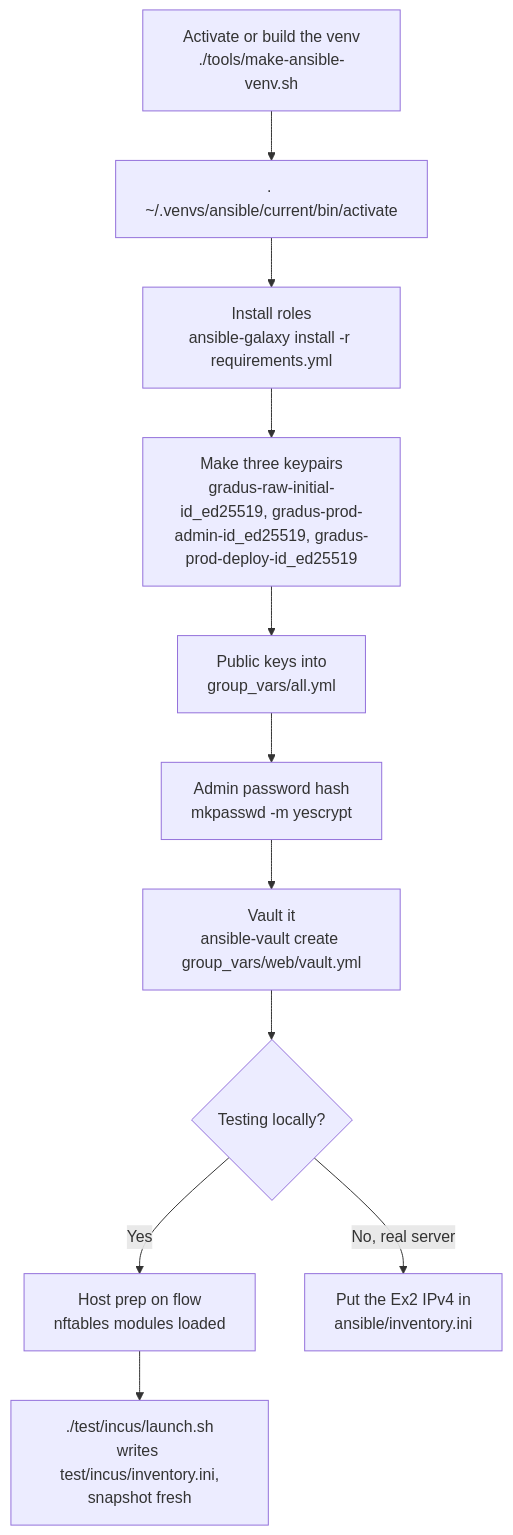
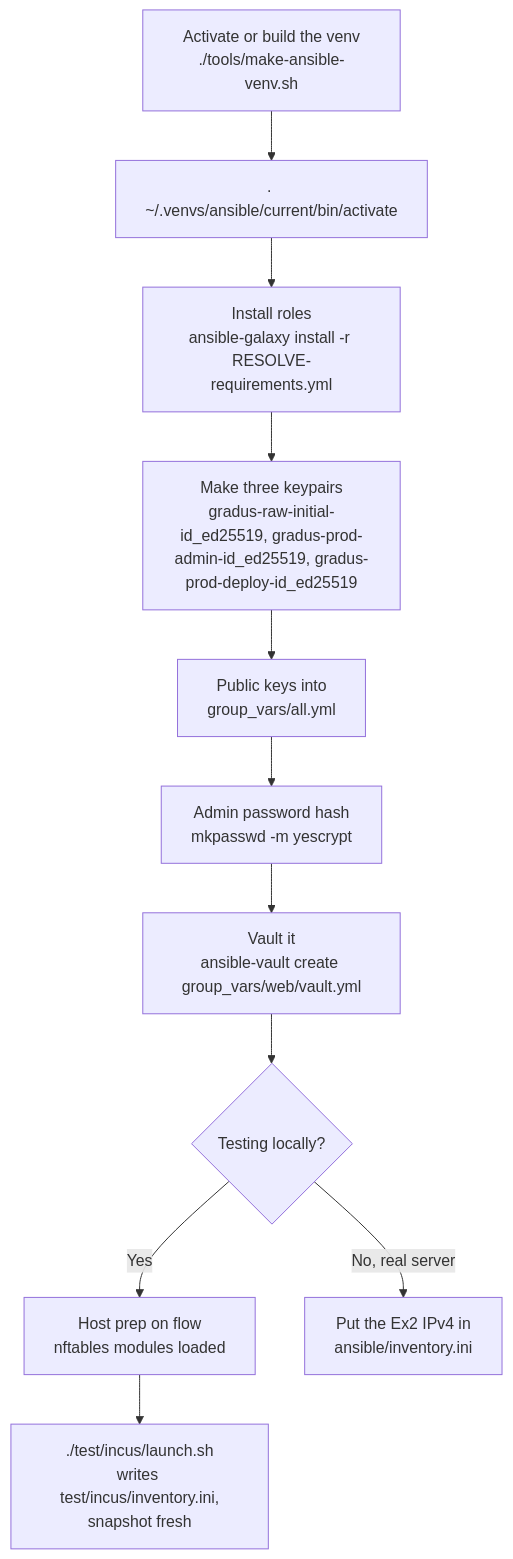
The second of 5 diagrams in en/docs/process-flowchart.md (steelcj/uc-gradus), drawn with Mermaid before and after one commit. The commit also changed other lines of this file and 35 other files, not shown here.

````diff
--- a/en/docs/process-flowchart.md
+++ b/en/docs/process-flowchart.md
@@ -30,13 +30,13 @@
 ```mermaid
 flowchart TD
     A["Activate or build the venv<br/>./tools/make-ansible-venv.sh"] --> B[". ~/.venvs/ansible/current/bin/activate"]
-    B --> C["Install roles<br/>ansible-galaxy install -r requirements.yml"]
+    B --> C["Install roles<br/>ansible-galaxy install -r RESOLVE-requirements.yml"]
     C --> D["Make three keypairs<br/>gradus-raw-initial-id_ed25519, gradus-prod-admin-id_ed25519, gradus-prod-deploy-id_ed25519"]
     D --> E["Public keys into<br/>group_vars/all.yml"]
     E --> F["Admin password hash<br/>mkpasswd -m yescrypt"]
     F --> G["Vault it<br/>ansible-vault create group_vars/web/vault.yml"]
     G --> H{"Testing locally?"}
     H -- "Yes" --> I["Host prep on flow<br/>nftables modules loaded"]
     I --> J["./test/incus/launch.sh<br/>writes test/incus/inventory.ini,<br/>snapshot fresh"]
     H -- "No, real server" --> K["Put the Ex2 IPv4 in<br/>ansible/inventory.ini"]
 ```
````
